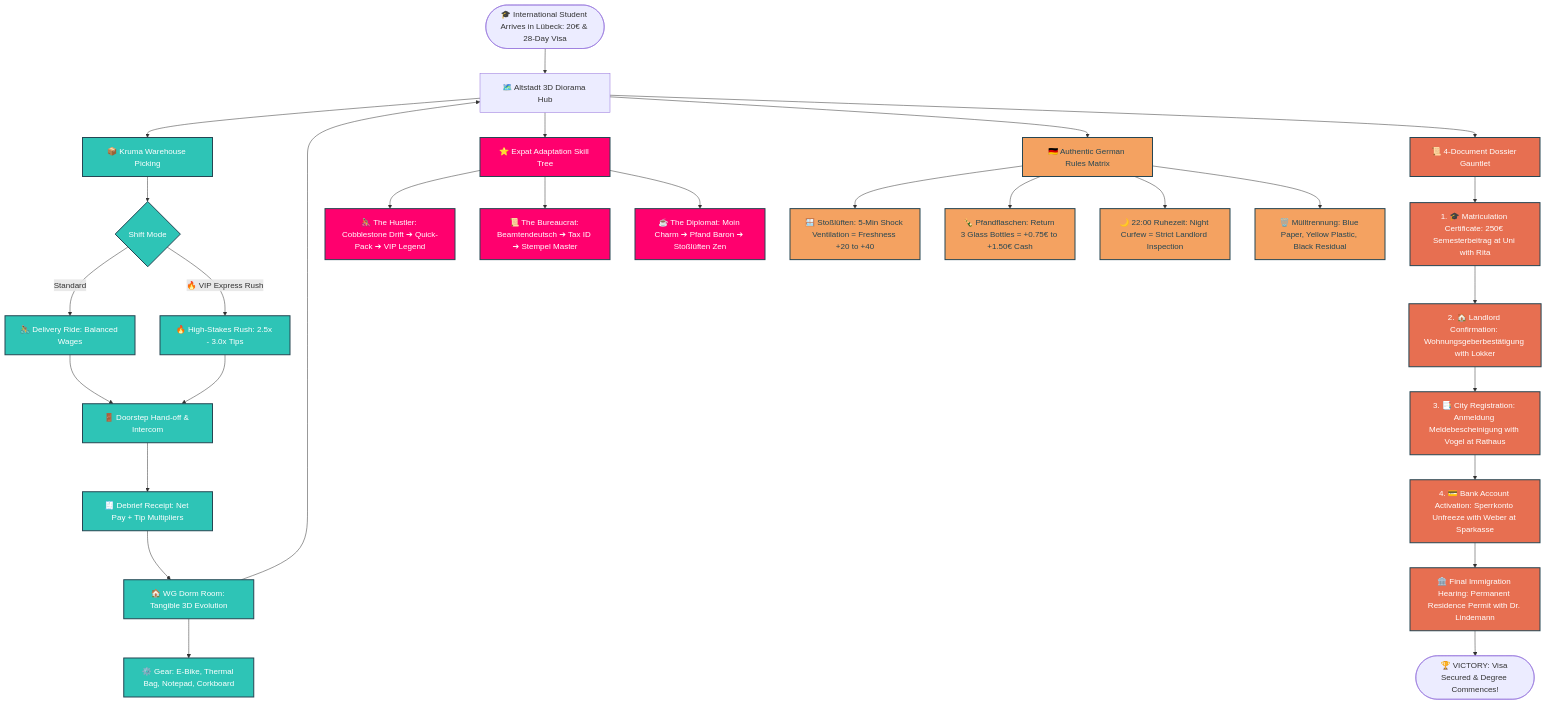
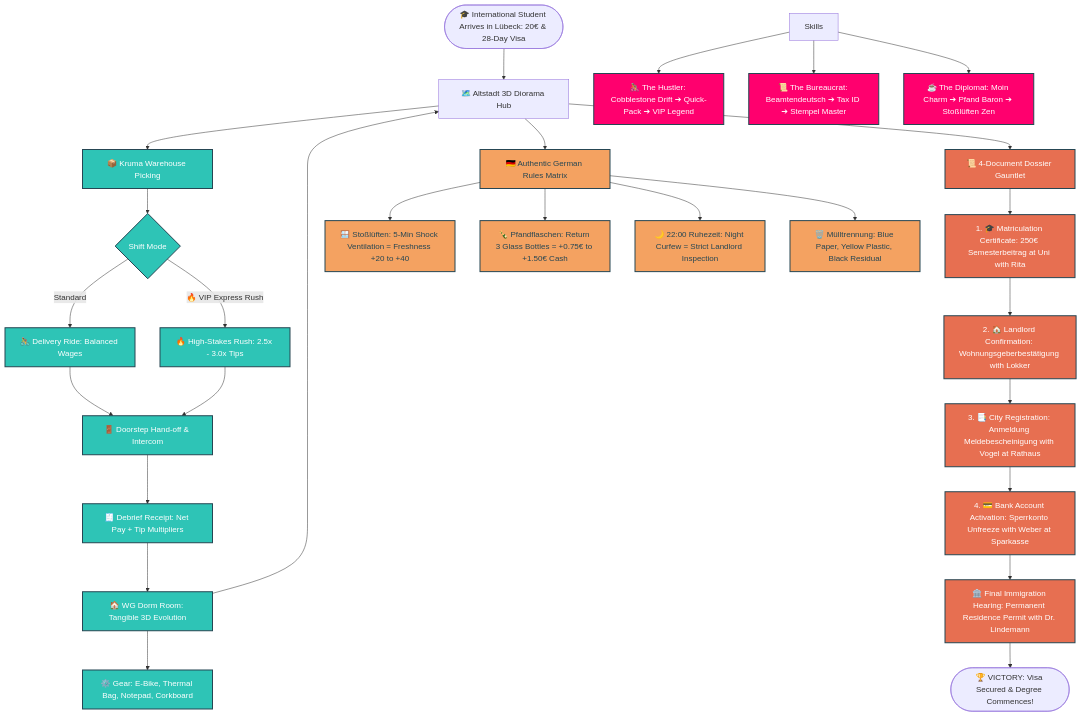
One commit to dj-DeepakJadhav/FarFromHome changed the first of 2 diagrams in Docs/archive/GAME_MIND_MAP_AND_NARRATIVE_DESIGN.md. Above: the diagram before and after it, drawn with Mermaid. The commit also changed other lines of this file and 51 other files, not shown here.

First line of the commit message:
Day-boundary ritual, letter round, companion walk; cut the skill tree

````diff
--- a/Docs/archive/GAME_MIND_MAP_AND_NARRATIVE_DESIGN.md
+++ b/Docs/archive/GAME_MIND_MAP_AND_NARRATIVE_DESIGN.md
@@ -9,43 +9,41 @@
 ```mermaid
 graph TD
     classDef core fill:#2EC4B6,stroke:#264653,stroke-width:2px,color:#fff;
     classDef quest fill:#E76F51,stroke:#264653,stroke-width:2px,color:#fff;
     classDef skill fill:#FF006E,stroke:#264653,stroke-width:2px,color:#fff;
     classDef rule fill:#F4A261,stroke:#264653,stroke-width:2px,color:#264653;
 
     Player([🎓 International Student Arrives in Lübeck: 20€ & 28-Day Visa]) --> Hub[🗺️ Altstadt 3D Diorama Hub]
 
     %% Core Management Loop
     Hub --> Shift[📦 Kruma Warehouse Picking]:::core
     Shift --> Mode{Shift Mode}:::core
     Mode -->|Standard| NormalRide[🚴 Delivery Ride: Balanced Wages]:::core
     Mode -->|🔥 VIP Express Rush| FastRide[🔥 High-Stakes Rush: 2.5x - 3.0x Tips]:::core
     NormalRide --> Doorstep[🚪 Doorstep Hand-off & Intercom]:::core
     FastRide --> Doorstep
     Doorstep --> Receipt[🧾 Debrief Receipt: Net Pay + Tip Multipliers]:::core
     Receipt --> DormRoom[🏠 WG Dorm Room: Tangible 3D Evolution]:::core
     DormRoom --> Upgrades[⚙️ Gear: E-Bike, Thermal Bag, Notepad, Corkboard]:::core
     DormRoom --> Hub
 
     %% The 4-Document Dossier Gauntlet
     Hub --> QuestChain[📜 4-Document Dossier Gauntlet]:::quest
     QuestChain --> Doc1[1. 🎓 Matriculation Certificate: 250€ Semesterbeitrag at Uni with Rita]:::quest
     Doc1 --> Doc2[2. 🏠 Landlord Confirmation: Wohnungsgeberbestätigung with Lokker]:::quest
     Doc2 --> Doc3[3. 📑 City Registration: Anmeldung Meldebescheinigung with Vogel at Rathaus]:::quest
     Doc3 --> Doc4[4. 💳 Bank Account Activation: Sperrkonto Unfreeze with Weber at Sparkasse]:::quest
     Doc4 --> Finale[🏛️ Final Immigration Hearing: Permanent Residence Permit with Dr. Lindemann]:::quest
     Finale --> Win([🏆 VICTORY: Visa Secured & Degree Commences!])
 
-    %% Expat Adaptation Skill Tree
-    Hub --> Skills[⭐ Expat Adaptation Skill Tree]:::skill
     Skills --> HustlerBranch[🚴 The Hustler: Cobblestone Drift ➔ Quick-Pack ➔ VIP Legend]:::skill
     Skills --> BureaucratBranch[📜 The Bureaucrat: Beamtendeutsch ➔ Tax ID ➔ Stempel Master]:::skill
     Skills --> DiplomatBranch[☕ The Diplomat: Moin Charm ➔ Pfand Baron ➔ Stoßlüften Zen]:::skill
 
     %% German Cultural Chaos & Rules
     Hub --> GermanChaos[🇩🇪 Authentic German Rules Matrix]:::rule
     GermanChaos --> R1[🪟 Stoßlüften: 5-Min Shock Ventilation = Freshness +20 to +40]:::rule
     GermanChaos --> R2[🍾 Pfandflaschen: Return 3 Glass Bottles = +0.75€ to +1.50€ Cash]:::rule
     GermanChaos --> R3[🌙 22:00 Ruhezeit: Night Curfew = Strict Landlord Inspection]:::rule
     GermanChaos --> R4[🗑️ Mülltrennung: Blue Paper, Yellow Plastic, Black Residual]:::rule
 ```
````
